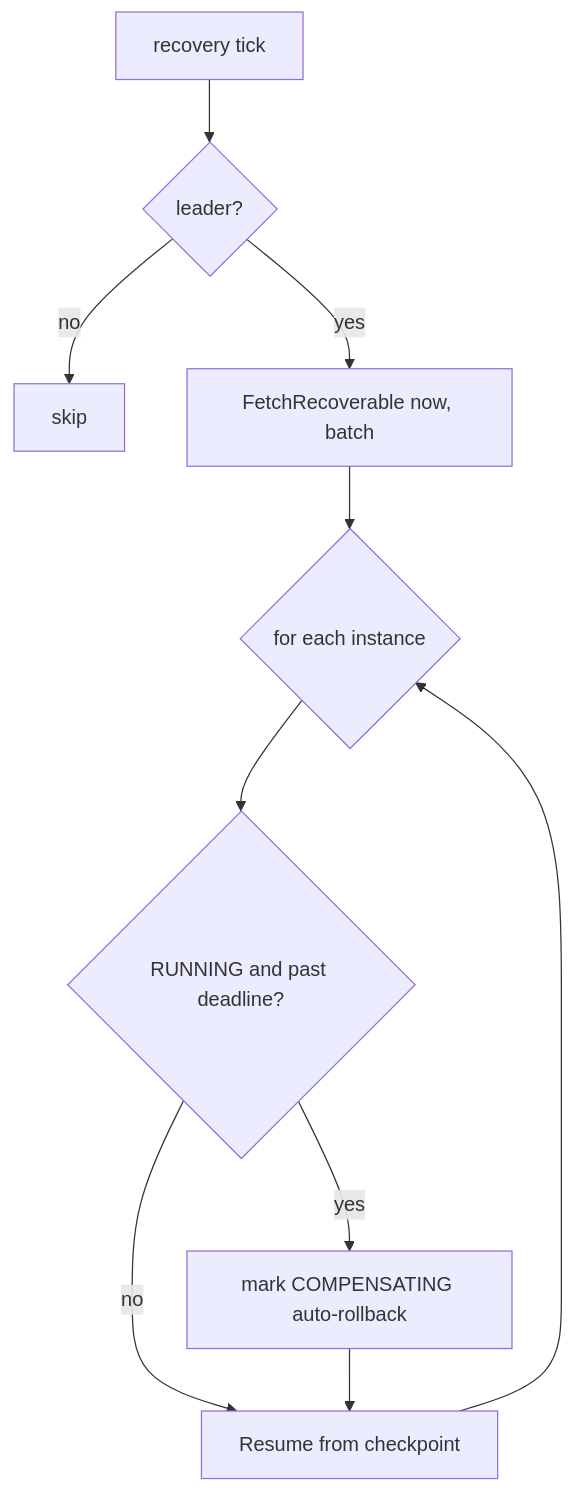
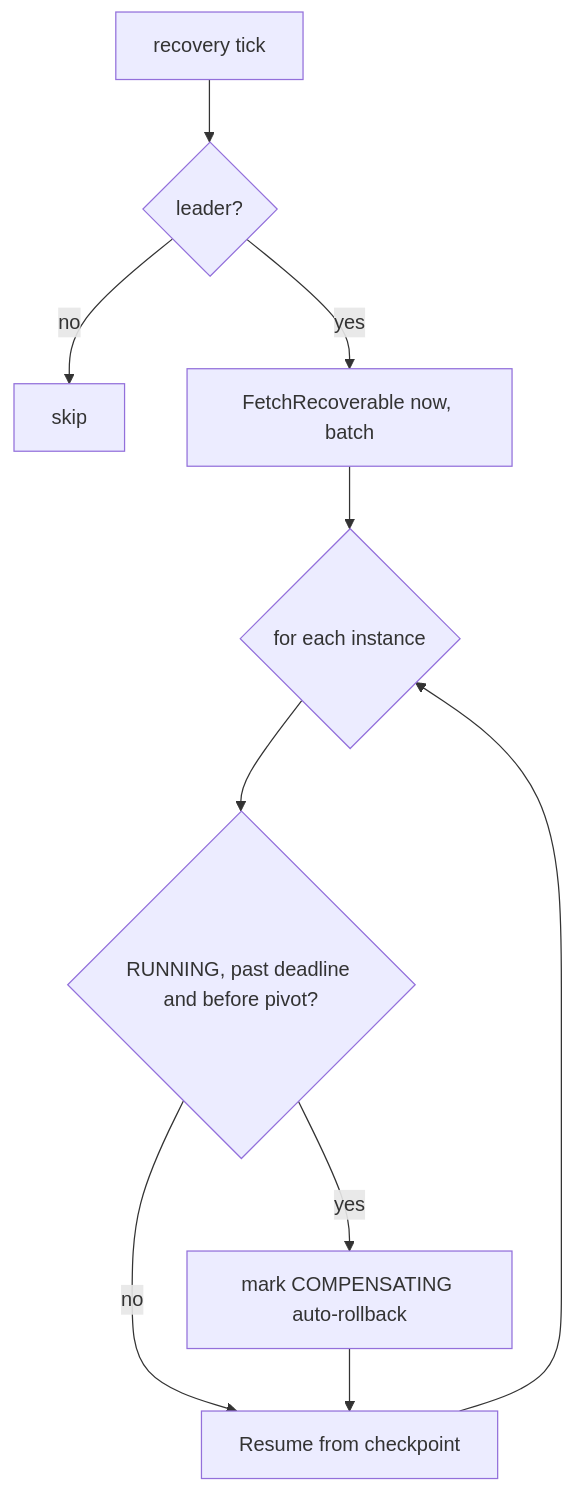
Before and after one commit to altessa-s/go-atlas: the sixth of 6 diagrams in docs/data/saga.md, drawn with Mermaid. The commit also changed other lines of this file and 38 other files, not shown here.

````diff
--- a/docs/data/saga.md
+++ b/docs/data/saga.md
@@ -162,12 +164,12 @@
 ```mermaid
 flowchart TD
     Tick[recovery tick] --> Leader{leader?}
     Leader -- no --> Done[skip]
     Leader -- yes --> Fetch[FetchRecoverable now, batch]
     Fetch --> Loop{for each instance}
-    Loop --> DL{RUNNING and past deadline?}
+    Loop --> DL{RUNNING, past deadline and before pivot?}
     DL -- yes --> Flip[mark COMPENSATING auto-rollback]
     DL -- no --> Resume[Resume from checkpoint]
     Flip --> Resume
     Resume --> Loop
 ```
````
